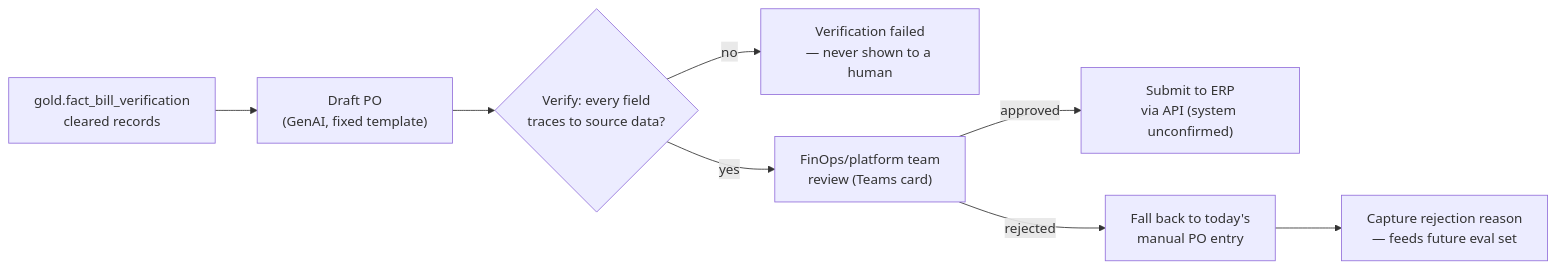
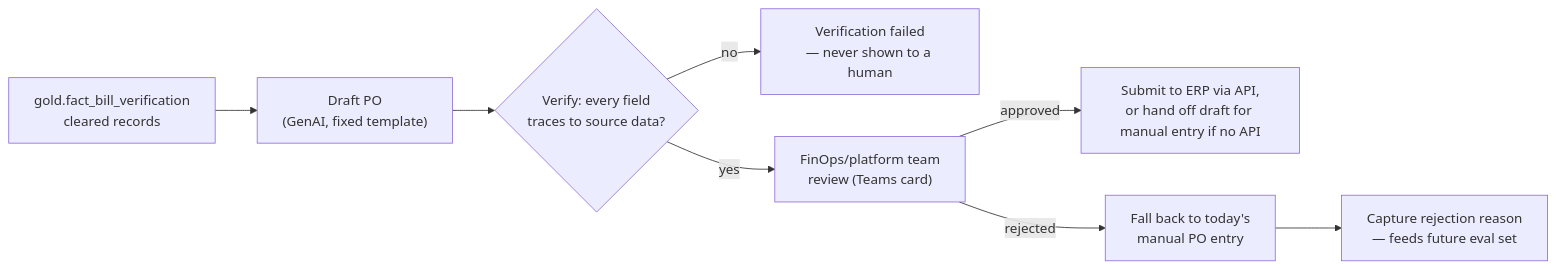
One commit to mbnest/finops-intelligence-platform changed the diagram in docs/Solution_Architecture_PO_Auto_Draft.md. Above: the diagram before and after it, drawn with Mermaid. The commit also changed other lines of this file and 8 other files, not shown here.

````diff
--- a/docs/Solution_Architecture_PO_Auto_Draft.md
+++ b/docs/Solution_Architecture_PO_Auto_Draft.md
@@ -46,10 +46,10 @@
 ```mermaid
 flowchart LR
     BV["gold.fact_bill_verification<br/>cleared records"] --> DRAFT["Draft PO<br/>(GenAI, fixed template)"]
     DRAFT --> VERIFY{"Verify: every field<br/>traces to source data?"}
     VERIFY -->|no| FAIL["Verification failed<br/>— never shown to a human"]
     VERIFY -->|yes| HUMAN["FinOps/platform team<br/>review (Teams card)"]
-    HUMAN -->|approved| POST["Submit to ERP<br/>via API (system unconfirmed)"]
+    HUMAN -->|approved| POST["Submit to ERP via API,<br/>or hand off draft for manual entry if no API"]
     HUMAN -->|rejected| MANUAL["Fall back to today's<br/>manual PO entry"]
     MANUAL --> FEEDBACK["Capture rejection reason<br/>— feeds future eval set"]
 ```
````
